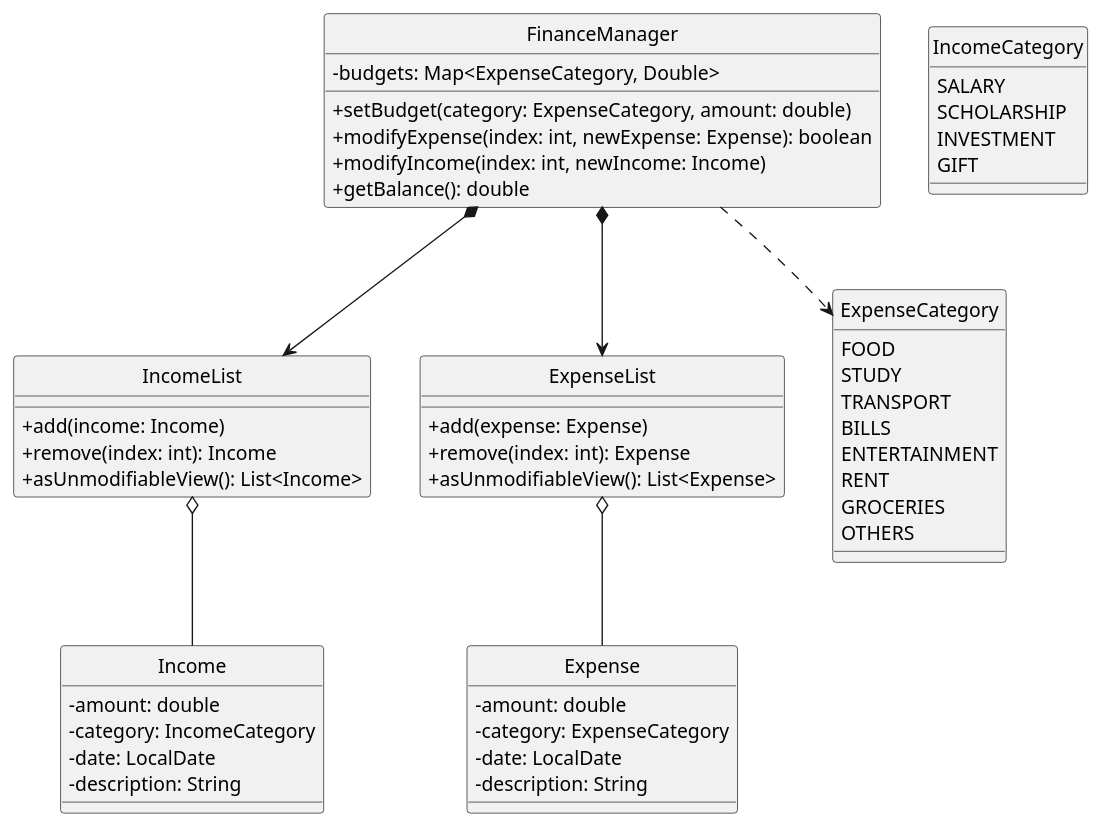
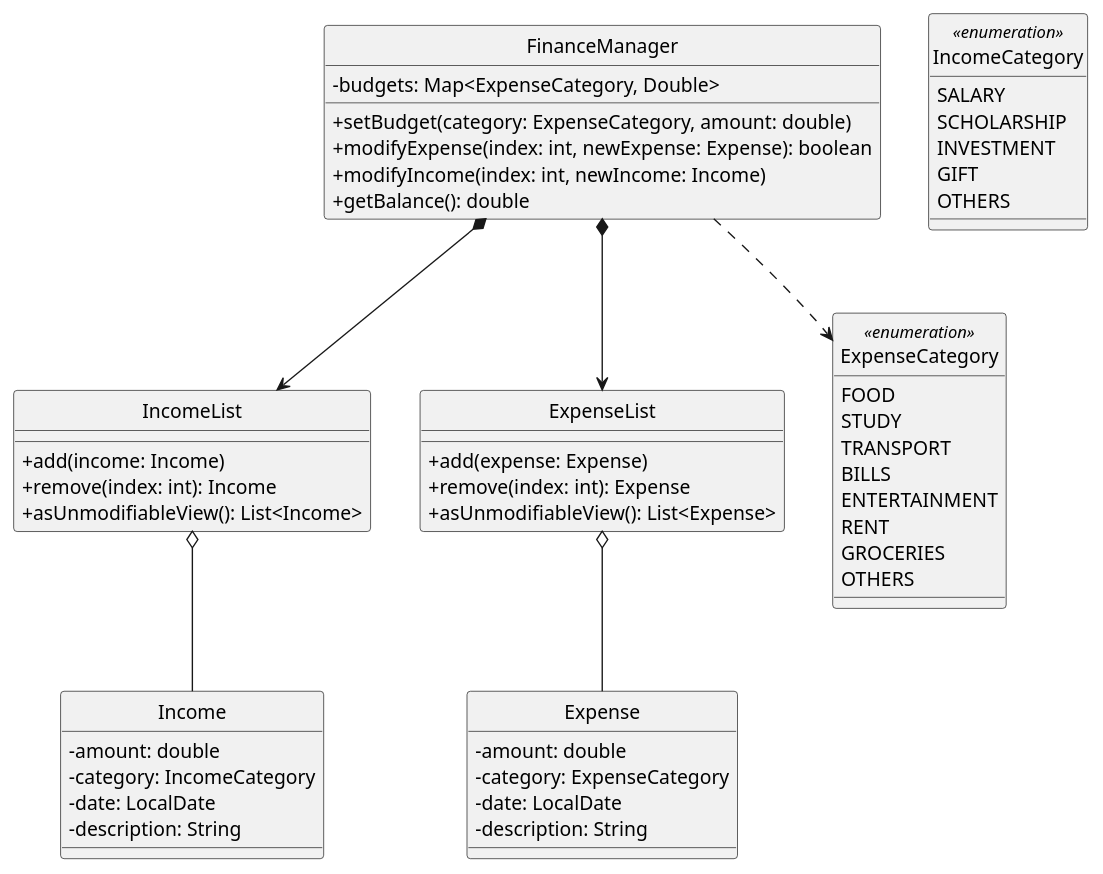
The diagram in docs/diagrams/financemanager_class.puml (AY2526S1-CS2113-W12-4/tp), drawn with PlantUML before and after one commit. The commit also changed 3 other files, not shown here.

Commit message:
Correct category inconsistencies, add enum indicator in diagram

```diff
--- a/docs/diagrams/financemanager_class.puml
+++ b/docs/diagrams/financemanager_class.puml
@@ -1,63 +1,64 @@
 @startuml
 hide circle
 skinparam classAttributeIconSize 0
 
 class FinanceManager {
     - budgets: Map<ExpenseCategory, Double>
     + setBudget(category: ExpenseCategory, amount: double)
     + modifyExpense(index: int, newExpense: Expense): boolean
     + modifyIncome(index: int, newIncome: Income)
     + getBalance(): double
 }
 
 class Income {
     - amount: double
     - category: IncomeCategory
     - date: LocalDate
     - description: String
 }
 
 class Expense {
     - amount: double
     - category: ExpenseCategory
     - date: LocalDate
     - description: String
 }
 
 class IncomeList {
     + add(income: Income)
     + remove(index: int): Income
     + asUnmodifiableView(): List<Income>
 }
 
 class ExpenseList {
     + add(expense: Expense)
     + remove(index: int): Expense
     + asUnmodifiableView(): List<Expense>
 }
 
-enum ExpenseCategory {
+class ExpenseCategory <<enumeration>> {
     FOOD
     STUDY
     TRANSPORT
     BILLS
     ENTERTAINMENT
     RENT
     GROCERIES
     OTHERS
 }
 
-enum IncomeCategory {
+class IncomeCategory <<enumeration>> {
     SALARY
     SCHOLARSHIP
     INVESTMENT
     GIFT
+    OTHERS
 }
 
 FinanceManager *--> IncomeList
 FinanceManager *--> ExpenseList
 FinanceManager ..> ExpenseCategory
 IncomeList o-- Income
 ExpenseList o-- Expense
 
 @enduml
```
